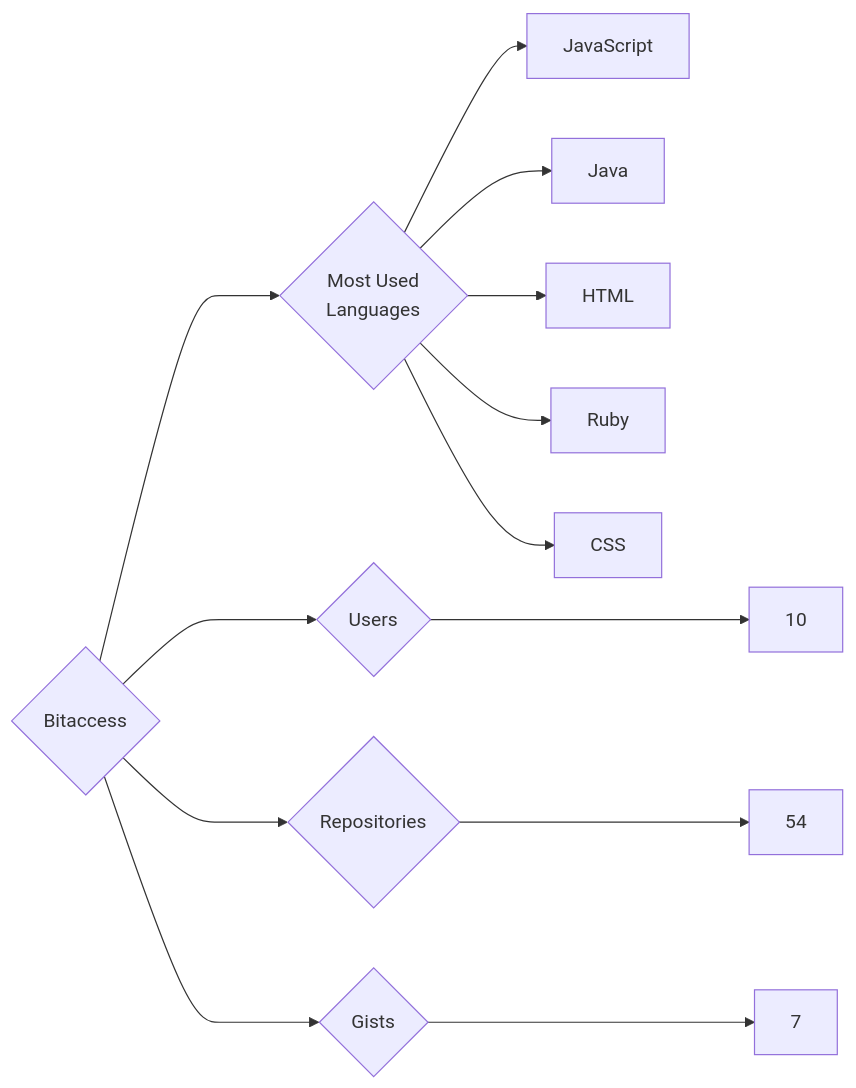
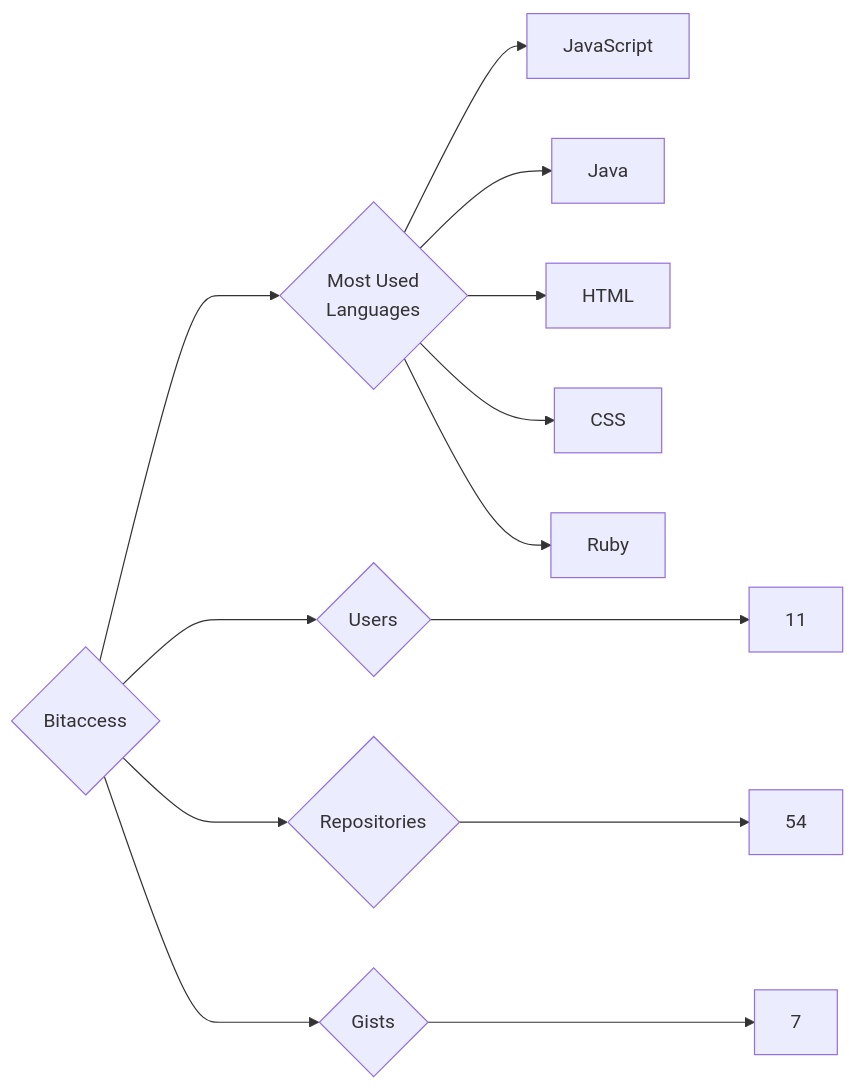
The diagram in targets/Bitaccess/README.md (trickest/insiders), drawn with Mermaid before and after one commit. The commit also changed 636 other files, not shown here.

````diff
--- a/targets/Bitaccess/README.md
+++ b/targets/Bitaccess/README.md
@@ -3,13 +3,13 @@
 ```mermaid
 graph LR
 COMPANY_NAME{Bitaccess}
-COMPANY_NAME ---> U{Users} ---> UN[10]
+COMPANY_NAME ---> U{Users} ---> UN[11]
 COMPANY_NAME ---> R{Repositories} ---> RN[54]
 COMPANY_NAME ---> G{Gists} ---> GN[7]
 COMPANY_NAME ---> ML{Most Used<br>Languages}
 ML --> JavaScript[JavaScript]
 ML --> Java[Java]
 ML --> HTML[HTML]
+ML --> CSS[CSS]
 ML --> Ruby[Ruby]
-ML --> CSS[CSS]
 ```
````
